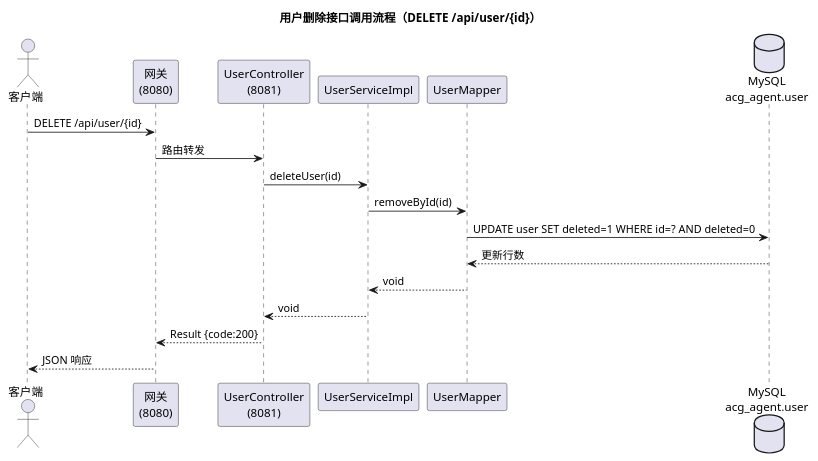
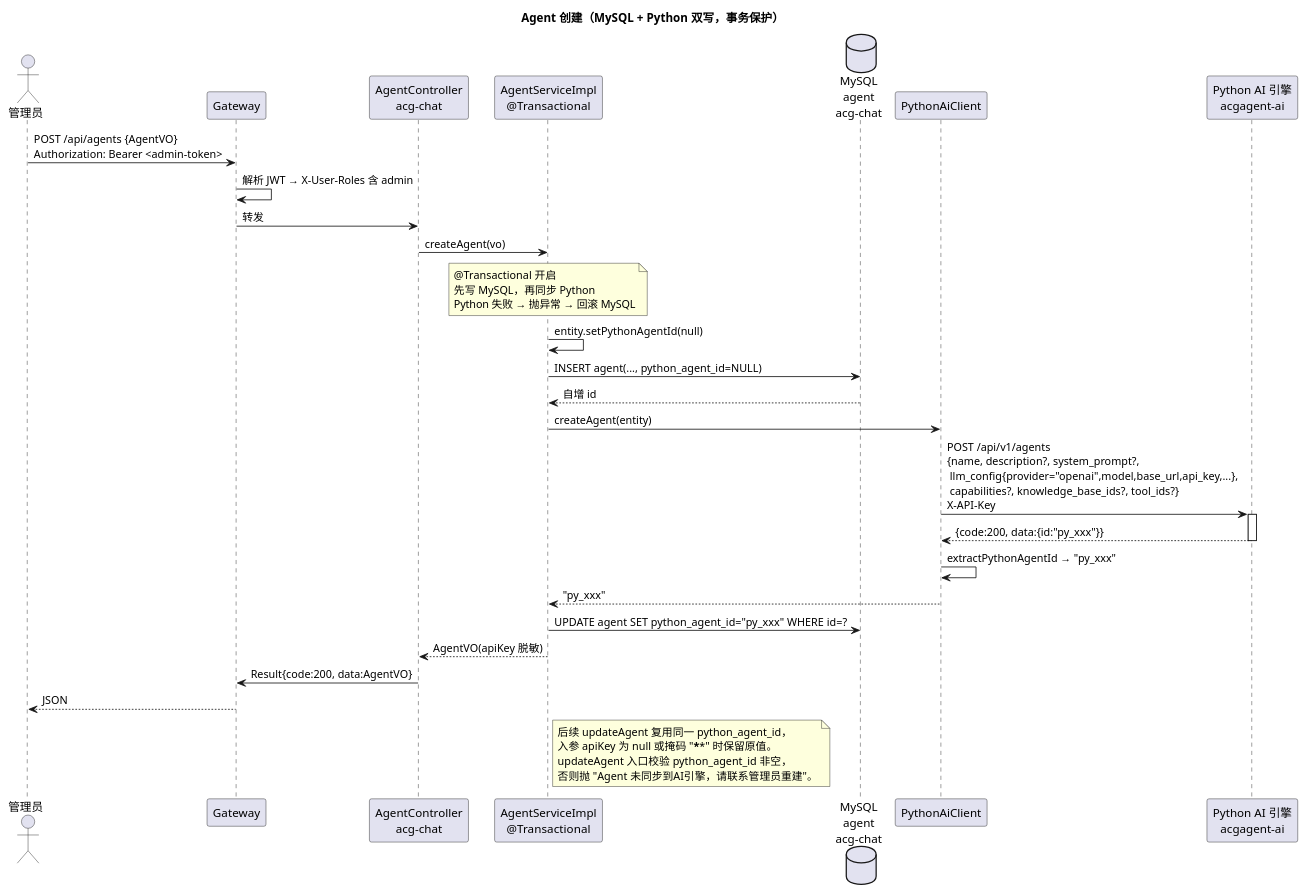
Before and after one commit to Maoyya/acgagent: the third of 3 diagrams in docx/业务流程.md, drawn with PlantUML. The commit also changed other lines of this file and 4 other files, not shown here.

````diff
--- a/docx/业务流程.md
+++ b/docx/业务流程.md
@@ -316,22 +458,44 @@
 ```plantuml
 @startuml
-title 用户删除接口调用流程（DELETE /api/user/{id}）
-actor 客户端 as Client
-participant "网关\n(8080)" as Gateway
-participant "UserController\n(8081)" as Controller
-participant "UserServiceImpl" as Service
-participant "UserMapper" as Mapper
-database "MySQL\nacg_agent.user" as DB
+title Agent 创建（MySQL + Python 双写，事务保护）
+actor 管理员 as Admin
+participant "Gateway" as Gateway
+participant "AgentController\nacg-chat" as AgentCtl
+participant "AgentServiceImpl\n@Transactional" as AgentSvc
+database "MySQL\nagent\nacg-chat" as DB
+participant "PythonAiClient" as PyClient
+participant "Python AI 引擎\nacgagent-ai" as Py
 
-Client -> Gateway: DELETE /api/user/{id}
-Gateway -> Controller: 路由转发
-Controller -> Service: deleteUser(id)
-Service -> Mapper: removeById(id)
-Mapper -> DB: UPDATE user SET deleted=1 WHERE id=? AND deleted=0
-DB --> Mapper: 更新行数
-Mapper --> Service: void
-Service --> Controller: void
-Controller --> Gateway: Result {code:200}
-Gateway --> Client: JSON 响应
+Admin -> Gateway: POST /api/agents {AgentVO}\nAuthorization: Bearer <admin-token>
+Gateway -> Gateway: 解析 JWT → X-User-Roles 含 admin
+Gateway -> AgentCtl: 转发
+AgentCtl -> AgentSvc: createAgent(vo)
+note over AgentSvc
+  @Transactional 开启
+  先写 MySQL，再同步 Python
+  Python 失败 → 抛异常 → 回滚 MySQL
+end note
+
+AgentSvc -> AgentSvc: entity.setPythonAgentId(null)
+AgentSvc -> DB: INSERT agent(..., python_agent_id=NULL)
+DB --> AgentSvc: 自增 id
+AgentSvc -> PyClient: createAgent(entity)
+PyClient -> Py: POST /api/v1/agents\n{name, description?, system_prompt?,\n llm_config{provider="openai",model,base_url,api_key,...},\n capabilities?, knowledge_base_ids?, tool_ids?}\nX-API-Key
+activate Py
+Py --> PyClient: {code:200, data:{id:"py_xxx"}}
+deactivate Py
+PyClient -> PyClient: extractPythonAgentId → "py_xxx"
+PyClient --> AgentSvc: "py_xxx"
+AgentSvc -> DB: UPDATE agent SET python_agent_id="py_xxx" WHERE id=?
+AgentSvc --> AgentCtl: AgentVO(apiKey 脱敏)
+AgentCtl -> Gateway: Result{code:200, data:AgentVO}
+Gateway --> Admin: JSON
+
+note right of AgentSvc
+  后续 updateAgent 复用同一 python_agent_id，
+  入参 apiKey 为 null 或掩码 "******" 时保留原值。
+  updateAgent 入口校验 python_agent_id 非空，
+  否则抛 "Agent 未同步到AI引擎，请联系管理员重建"。
+end note
 @enduml
 ```
````
